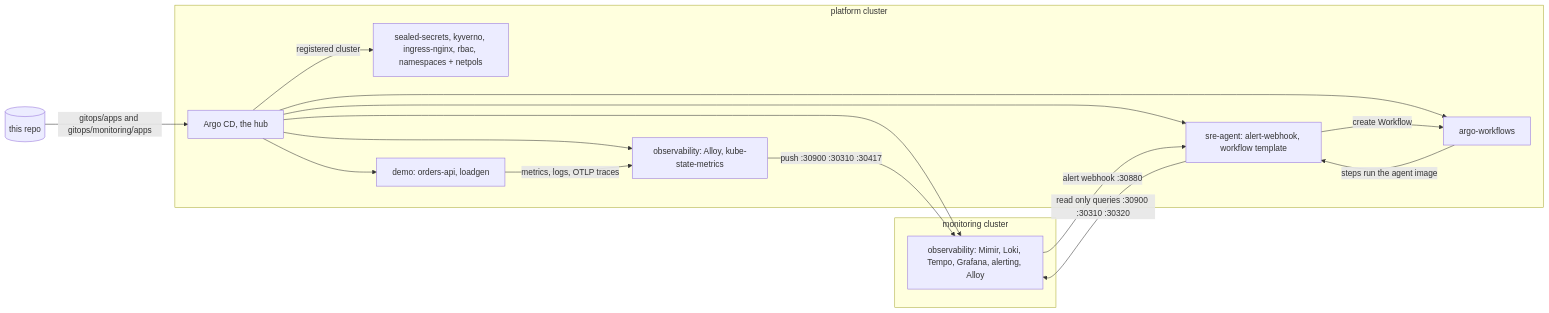
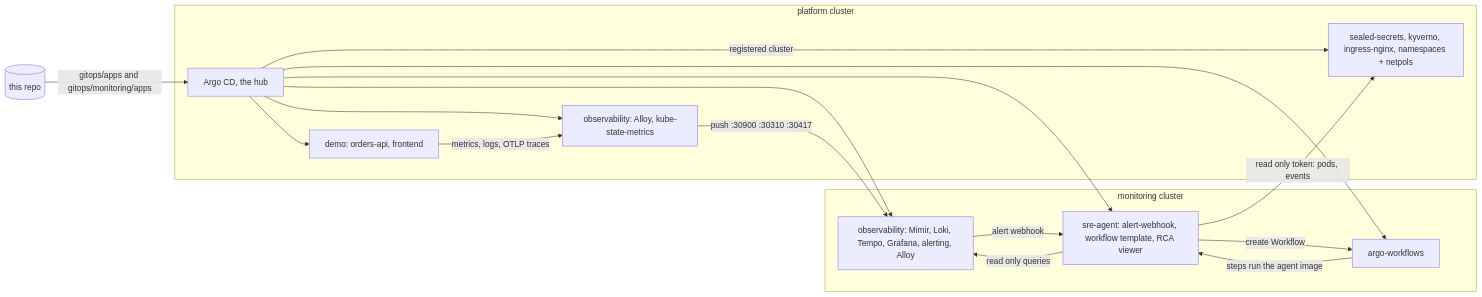
One commit to krishnakant888/k8s-sre-platform changed the diagram in README.md. Above: the diagram before and after it, drawn with Mermaid. The commit also changed other lines of this file, not shown here.

Commit message:
docs: operating tools live in the monitoring cluster

````diff
--- a/README.md
+++ b/README.md
@@ -56,20 +57,21 @@
 ```mermaid
 flowchart LR
   Git[(this repo)] -->|gitops/apps and gitops/monitoring/apps| ArgoM[Argo CD, the hub]
   subgraph platform cluster
-    ArgoM -->|registered cluster| Platform[sealed-secrets, kyverno, ingress-nginx, rbac, namespaces + netpols]
+    ArgoM -->|registered cluster| Platform[sealed-secrets, kyverno, ingress-nginx, namespaces + netpols]
     ArgoM --> Collect[observability: Alloy, kube-state-metrics]
-    ArgoM --> AW[argo-workflows]
-    ArgoM --> Demo[demo: orders-api, loadgen]
-    ArgoM --> Agent[sre-agent: alert-webhook, workflow template]
+    ArgoM --> Demo[demo: orders-api, frontend]
     Demo -->|metrics, logs, OTLP traces| Collect
-    Agent -->|create Workflow| AW
-    AW -->|steps run the agent image| Agent
   end
   subgraph monitoring cluster
     ArgoM --> Stack[observability: Mimir, Loki, Tempo, Grafana, alerting, Alloy]
+    ArgoM --> AW[argo-workflows]
+    ArgoM --> Agent[sre-agent: alert-webhook, workflow template, RCA viewer]
+    Stack -->|alert webhook| Agent
+    Agent -->|create Workflow| AW
+    AW -->|steps run the agent image| Agent
+    Agent -->|read only queries| Stack
   end
   Collect -->|push :30900 :30310 :30417| Stack
-  Agent -->|read only queries :30900 :30310 :30320| Stack
-  Stack -->|alert webhook :30880| Agent
+  Agent -->|read only token: pods, events| Platform
 ```
````
